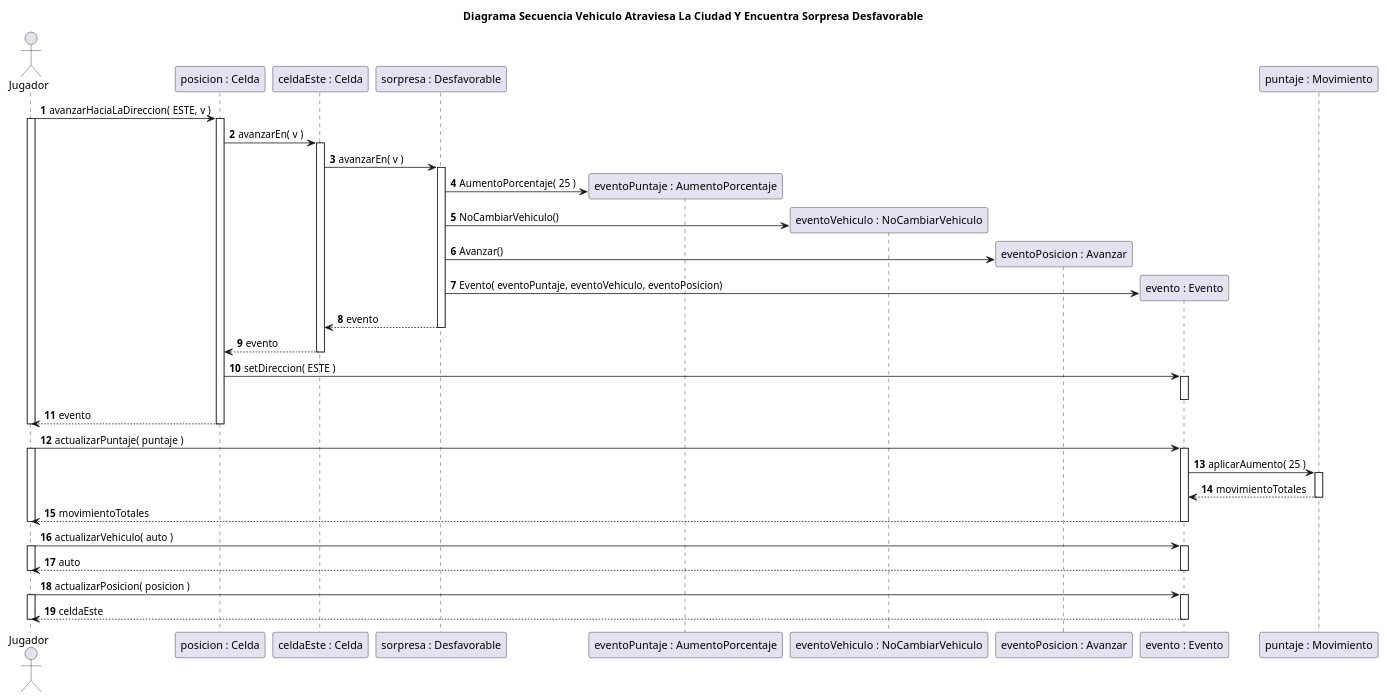
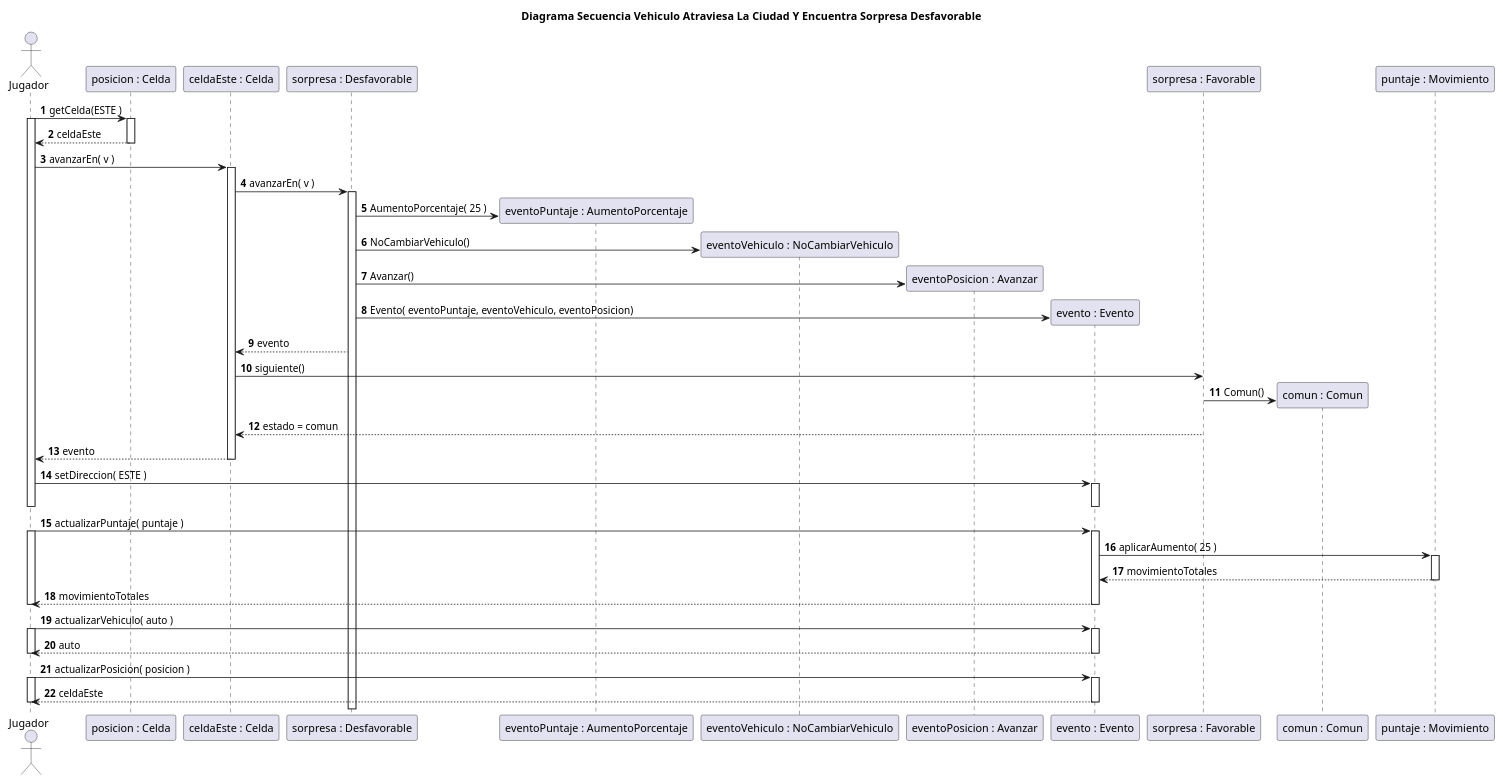
Before and after one commit to rodrigovzq/algo3_tp2: the diagram in diagrams/sequences/entrega2/CasoVehiculoAtraviesaLaCiudadYEncuentraSorpresaDesfavorable.puml, drawn with PlantUML. The commit also changed 10 other files, not shown here.

```diff
--- a/diagrams/sequences/entrega2/CasoVehiculoAtraviesaLaCiudadYEncuentraSorpresaDesfavorable.puml
+++ b/diagrams/sequences/entrega2/CasoVehiculoAtraviesaLaCiudadYEncuentraSorpresaDesfavorable.puml
@@ -1,59 +1,64 @@
 @startuml
 title Diagrama Secuencia Vehiculo Atraviesa La Ciudad Y Encuentra Sorpresa Desfavorable
 autonumber
 actor Jugador
 
-Jugador -> "posicion : Celda"++: avanzarHaciaLaDireccion( ESTE, v )
+Jugador -> "posicion : Celda"++: getCelda(ESTE )
 activate Jugador
-"posicion : Celda" -> "celdaEste : Celda"++: avanzarEn( v )
+"posicion : Celda" --> Jugador: celdaEste
+deactivate "posicion : Celda"
+Jugador -> "celdaEste : Celda"++: avanzarEn( v )
 "celdaEste : Celda" -> "sorpresa : Desfavorable"++: avanzarEn( v )
 
 
 create "eventoPuntaje : AumentoPorcentaje"
 "sorpresa : Desfavorable"-> "eventoPuntaje : AumentoPorcentaje": AumentoPorcentaje( 25 )
 
 
 
 create "eventoVehiculo : NoCambiarVehiculo"
 "sorpresa : Desfavorable" -> "eventoVehiculo : NoCambiarVehiculo": NoCambiarVehiculo()
 
 
 create "eventoPosicion : Avanzar"
 "sorpresa : Desfavorable"  -> "eventoPosicion : Avanzar": Avanzar()
 
 
 create "evento : Evento"
 "sorpresa : Desfavorable"  -> "evento : Evento": Evento( eventoPuntaje, eventoVehiculo, eventoPosicion)
 
 
-"sorpresa : Desfavorable" --> "celdaEste : Celda"--: evento
-"celdaEste : Celda" --> "posicion : Celda": evento
+"sorpresa : Desfavorable" --> "celdaEste : Celda": evento
+"celdaEste : Celda" -> "sorpresa : Favorable": siguiente()
+create "comun : Comun"
+"sorpresa : Favorable" -> "comun : Comun": Comun()
+"sorpresa : Favorable" --> "celdaEste : Celda"--: estado = comun
+"celdaEste : Celda" --> Jugador: evento
 deactivate "celdaEste : Celda"
 
 
-"posicion : Celda" -> "evento : Evento"++: setDireccion( ESTE )
+Jugador -> "evento : Evento"++: setDireccion( ESTE )
 deactivate "evento : Evento"
-"posicion : Celda" --> Jugador--: evento
 deactivate Jugador
 
 
 Jugador -> "evento : Evento"++: actualizarPuntaje( puntaje )
 activate Jugador
 "evento : Evento" -> "puntaje : Movimiento"++: aplicarAumento( 25 )
 "puntaje : Movimiento" --> "evento : Evento": movimientoTotales
 deactivate "puntaje : Movimiento"
 Jugador <-- "evento : Evento"--: movimientoTotales
 deactivate Jugador
 
 
 Jugador -> "evento : Evento"++: actualizarVehiculo( auto )
 activate Jugador
 Jugador <-- "evento : Evento"--: auto
 deactivate Jugador
 
 
 Jugador -> "evento : Evento"++: actualizarPosicion( posicion )
 activate Jugador
 Jugador <-- "evento : Evento"--: celdaEste
 deactivate Jugador
 @enduml
```
